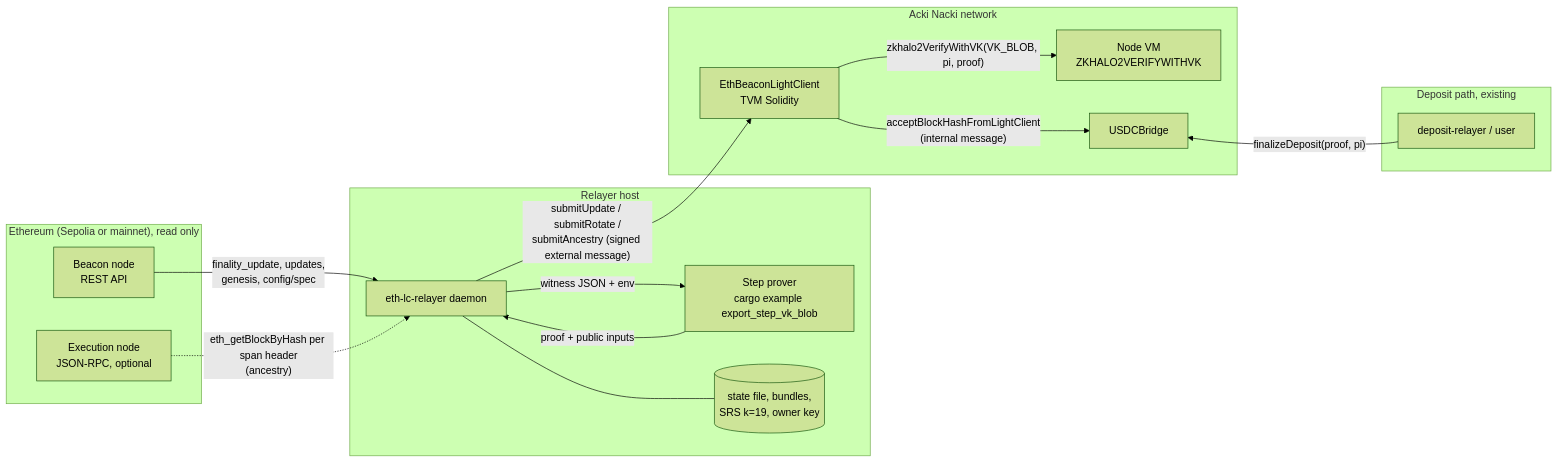
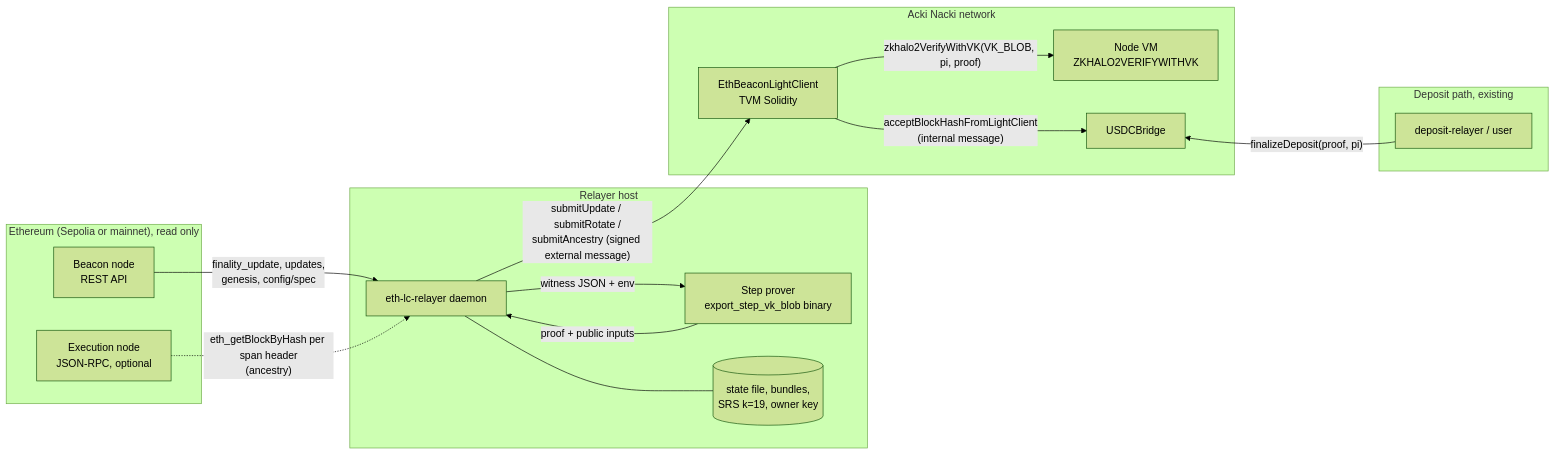
The first of 5 diagrams in docs/eth-light-client.md (gosh-sh/bridge), drawn with Mermaid (forest theme) before and after one commit. The commit also changed other lines of this file and 14 other files, not shown here.

````diff
--- a/docs/eth-light-client.md
+++ b/docs/eth-light-client.md
@@ -60,30 +60,30 @@
 ```mermaid
 flowchart LR
   subgraph ETH["Ethereum (Sepolia or mainnet), read only"]
     BN["Beacon node<br/>REST API"]
     EN["Execution node<br/>JSON-RPC, optional"]
   end
   subgraph RH["Relayer host"]
     D["eth-lc-relayer daemon"]
-    P["Step prover<br/>cargo example export_step_vk_blob"]
+    P["Step prover<br/>export_step_vk_blob binary"]
     S[("state file, bundles,<br/>SRS k=19, owner key")]
   end
   subgraph AN["Acki Nacki network"]
     N["Node VM<br/>ZKHALO2VERIFYWITHVK"]
     LC["EthBeaconLightClient<br/>TVM Solidity"]
     UB["USDCBridge"]
   end
   subgraph DEP["Deposit path, existing"]
     DR["deposit-relayer / user"]
   end
   BN -- "finality_update, updates,<br/>genesis, config/spec" --> D
   EN -. "eth_getBlockByHash per span header<br/>(ancestry)" .-> D
   D -- "witness JSON + env" --> P
   P -- "proof + public inputs" --> D
   D --- S
   D -- "submitUpdate / submitRotate /<br/>submitAncestry (signed external message)" --> LC
   LC -- "zkhalo2VerifyWithVK(VK_BLOB, pi, proof)" --> N
   LC -- "acceptBlockHashFromLightClient<br/>(internal message)" --> UB
   UB ~~~ DR
   DR -- "finalizeDeposit(proof, pi)" --> UB
 ```
````
